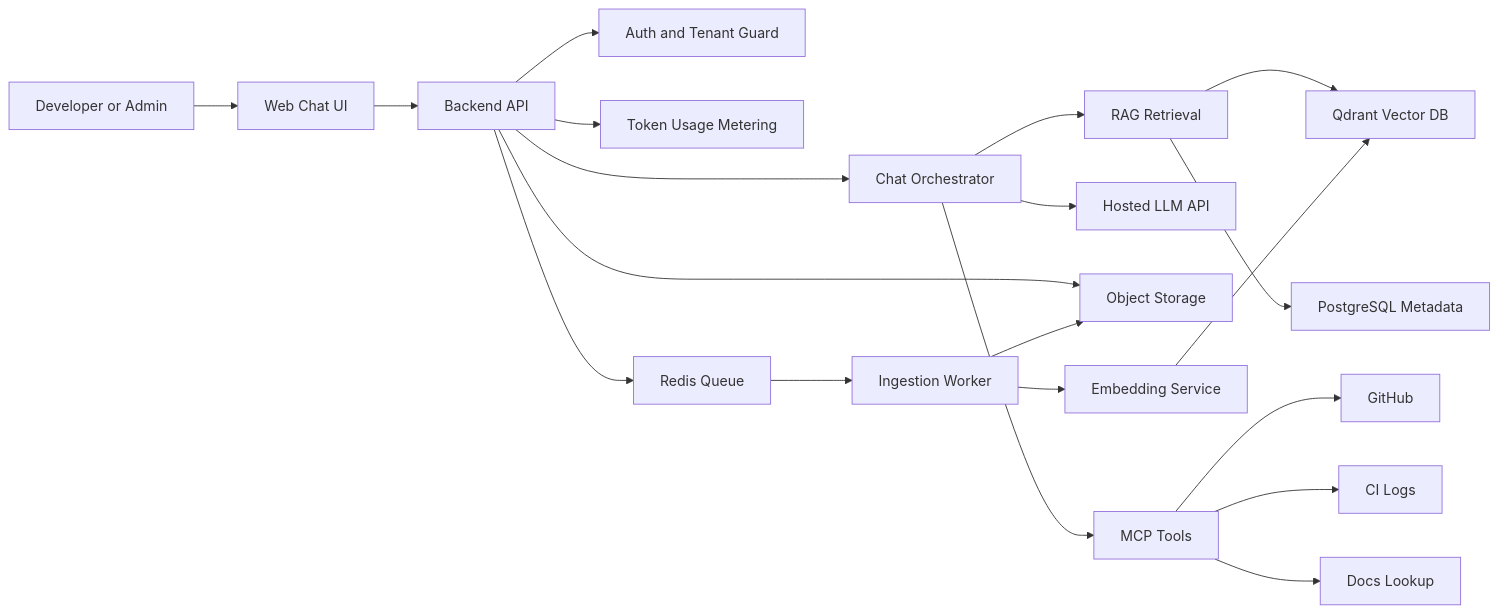
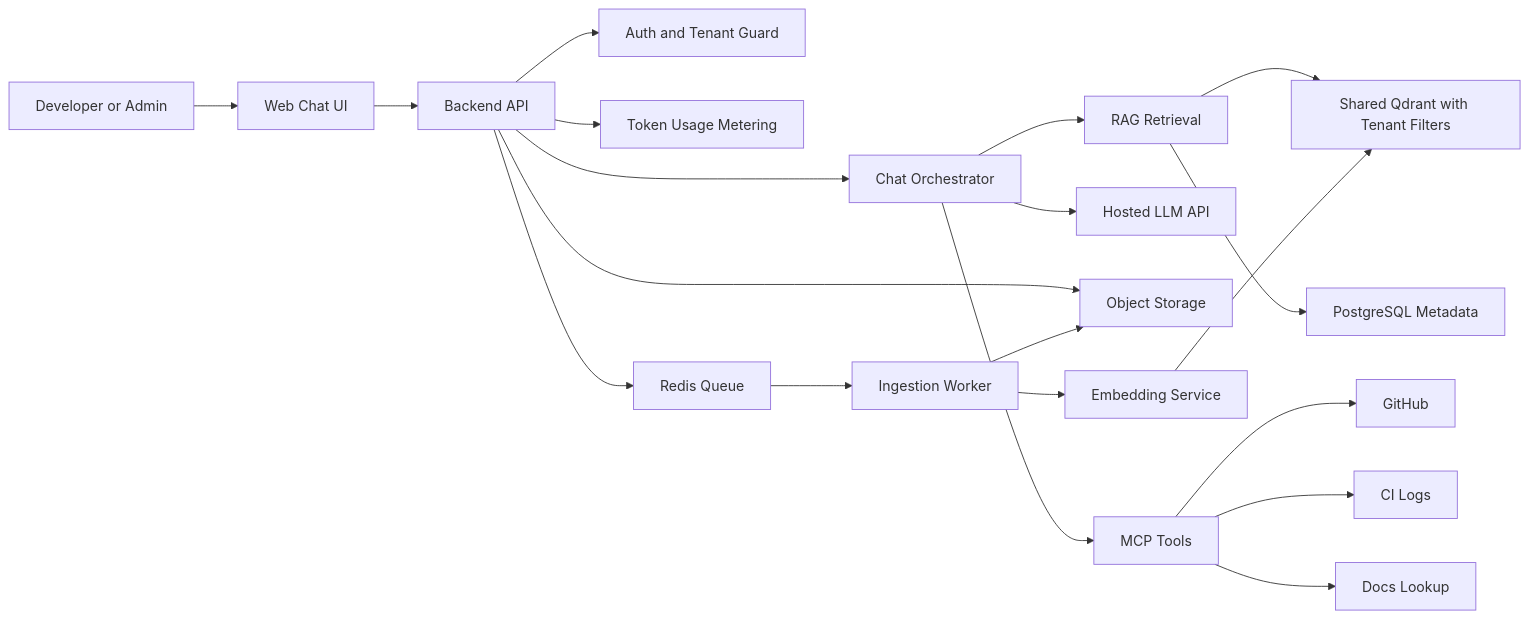
One commit to faizulkhan56/custom-code-helper-business-plan changed the diagram in diagrams/01-product-architecture.mmd. Above: the diagram before and after it, drawn with Mermaid. The commit also changed 4 other files, not shown here.

```diff
--- a/diagrams/01-product-architecture.mmd
+++ b/diagrams/01-product-architecture.mmd
@@ -1,20 +1,20 @@
 flowchart LR
     User[Developer or Admin] --> UI[Web Chat UI]
     UI --> API[Backend API]
     API --> Auth[Auth and Tenant Guard]
     API --> Chat[Chat Orchestrator]
     Chat --> Retrieve[RAG Retrieval]
-    Retrieve --> Qdrant[Qdrant Vector DB]
+    Retrieve --> Qdrant[Shared Qdrant with Tenant Filters]
     Retrieve --> Postgres[PostgreSQL Metadata]
     Chat --> LLM[Hosted LLM API]
     API --> Usage[Token Usage Metering]
     API --> Storage[Object Storage]
     API --> Queue[Redis Queue]
     Queue --> Worker[Ingestion Worker]
     Worker --> Storage
     Worker --> Embed[Embedding Service]
     Embed --> Qdrant
     Chat --> Tools[MCP Tools]
     Tools --> GitHub[GitHub]
     Tools --> CI[CI Logs]
     Tools --> Docs[Docs Lookup]
```
